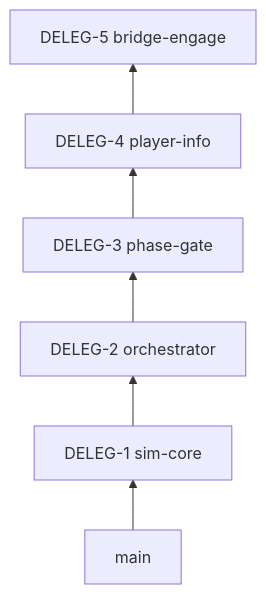
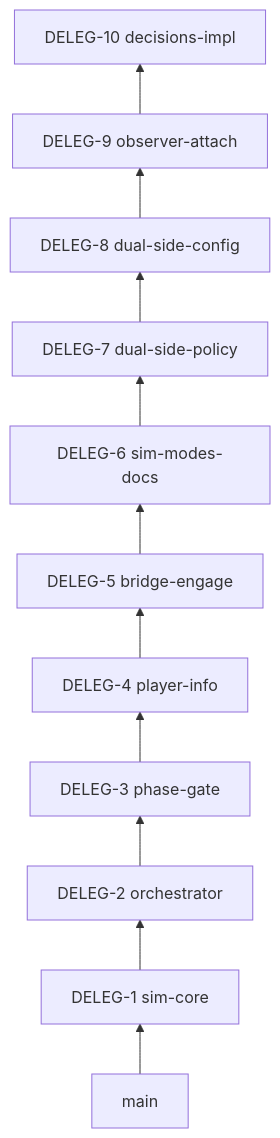
Before and after one commit to drgaciw/cmano-clone: the diagram in docs/engineering/graphite-stack-delegation-2026-05-30.md, drawn with Mermaid. The commit also changed other lines of this file and 41 other files, not shown here.

````diff
--- a/docs/engineering/graphite-stack-delegation-2026-05-30.md
+++ b/docs/engineering/graphite-stack-delegation-2026-05-30.md
@@ -15,8 +20,13 @@
 ```mermaid
 flowchart BT
   main --> pr1[DELEG-1 sim-core]
   pr1 --> pr2[DELEG-2 orchestrator]
   pr2 --> pr3[DELEG-3 phase-gate]
   pr3 --> pr4[DELEG-4 player-info]
   pr4 --> pr5[DELEG-5 bridge-engage]
+  pr5 --> pr6[DELEG-6 sim-modes-docs]
+  pr6 --> pr7[DELEG-7 dual-side-policy]
+  pr7 --> pr8[DELEG-8 dual-side-config]
+  pr8 --> pr9[DELEG-9 observer-attach]
+  pr9 --> pr10[DELEG-10 decisions-impl]
 ```
````
